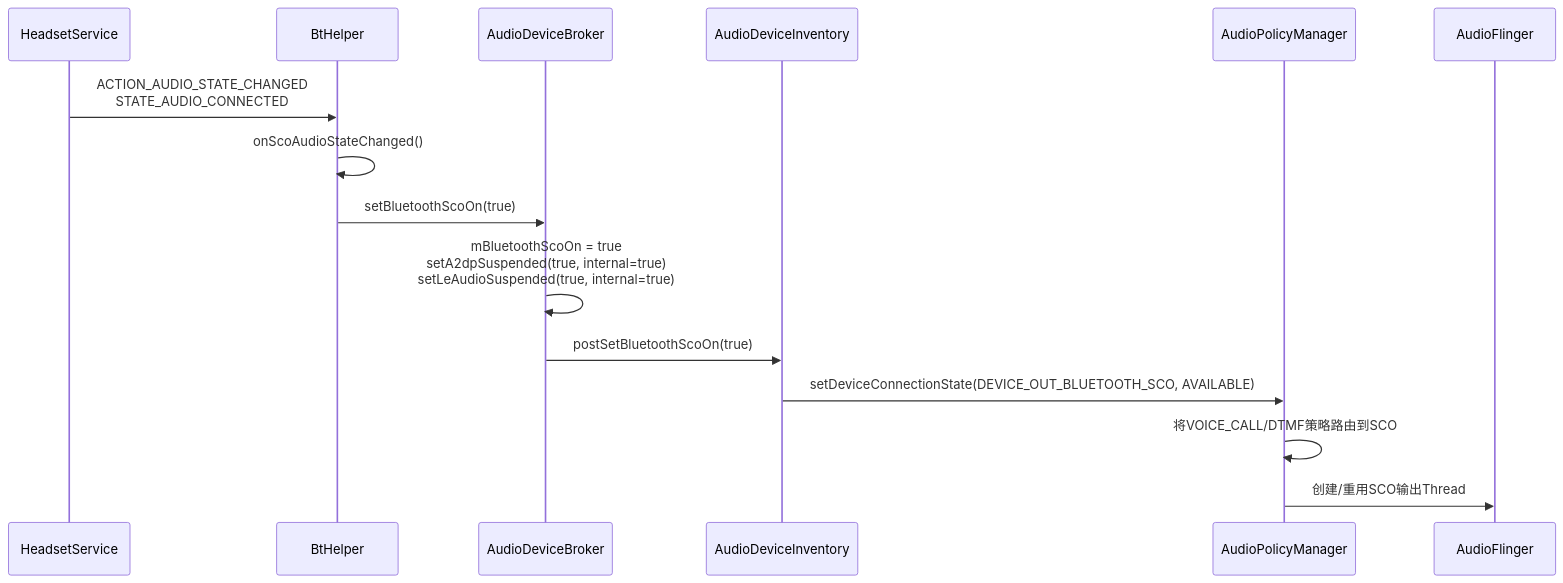
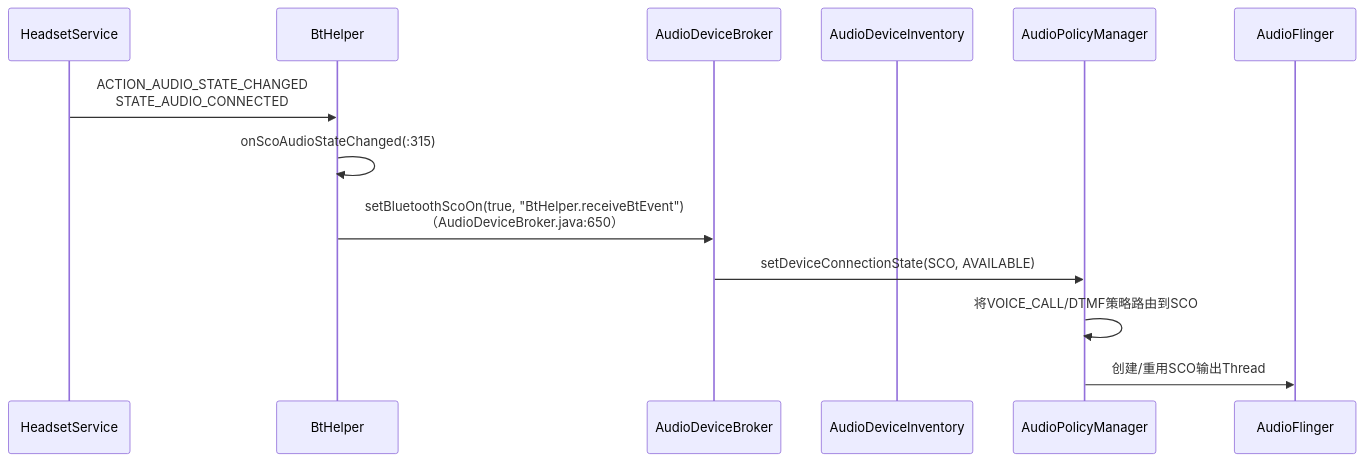
The sixth of 6 diagrams in 14_Bluetooth_Audio/14_14.4_SCOHFP-通话语音.md (yanglinzhen1022/SA8295_AAOS_QNX_Audio_KnowledgeBase), drawn with Mermaid before and after one commit. The commit also changed other lines of this file and 10 other files, not shown here.

````diff
--- a/14_Bluetooth_Audio/14_14.4_SCOHFP-通话语音.md
+++ b/14_Bluetooth_Audio/14_14.4_SCOHFP-通话语音.md
@@ -231,18 +243,16 @@
 ```mermaid
 sequenceDiagram
     participant HFP as HeadsetService
     participant BTH as BtHelper
     participant ADB as AudioDeviceBroker
     participant ADI as AudioDeviceInventory
     participant APM as AudioPolicyManager
     participant AF as AudioFlinger
 
     HFP->>BTH: ACTION_AUDIO_STATE_CHANGED<br>STATE_AUDIO_CONNECTED
-    BTH->>BTH: onScoAudioStateChanged()
-    BTH->>ADB: setBluetoothScoOn(true)
-    ADB->>ADB: mBluetoothScoOn = true<br>setA2dpSuspended(true, internal=true)<br>setLeAudioSuspended(true, internal=true)
-    ADB->>ADI: postSetBluetoothScoOn(true)
-    ADI->>APM: setDeviceConnectionState(DEVICE_OUT_BLUETOOTH_SCO, AVAILABLE)
+    BTH->>BTH: onScoAudioStateChanged(:315)
+    BTH->>ADB: setBluetoothScoOn(true, "BtHelper.receiveBtEvent")<br>（AudioDeviceBroker.java:650）
+    ADB->>APM: setDeviceConnectionState(SCO, AVAILABLE)
     APM->>APM: 将VOICE_CALL/DTMF策略路由到SCO
     APM->>AF: 创建/重用SCO输出Thread
 ```
````
